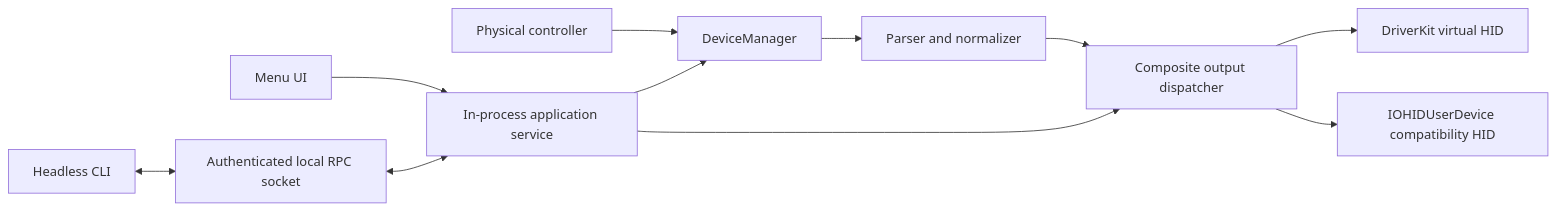
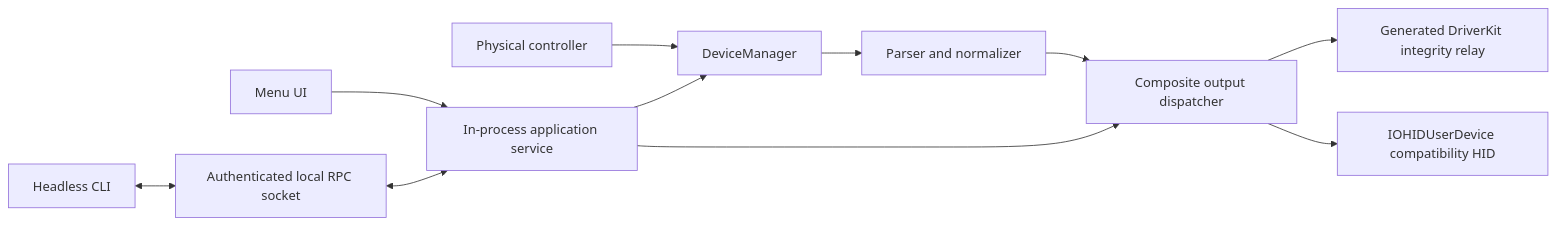
The diagram in docs/development/architecture.md (xsyetopz/OpenJoystickDriver), drawn with Mermaid before and after one commit. The commit also changed other lines of this file and 210 other files, not shown here.

First line of the commit message:
feat(driverkit)!: migrate relay generation to SwifterKit

````diff
--- a/docs/development/architecture.md
+++ b/docs/development/architecture.md
@@ -5,13 +5,13 @@
 ```mermaid
 flowchart LR
   A[Physical controller] --> B[DeviceManager]
   B --> C[Parser and normalizer]
   C --> D[Composite output dispatcher]
-  D --> E[DriverKit virtual HID]
+  D --> E[Generated DriverKit integrity relay]
   D --> F[IOHIDUserDevice compatibility HID]
   G[Menu UI] --> H[In-process application service]
   I[Headless CLI] <--> J[Authenticated local RPC socket]
   J <--> H
   H --> B
   H --> D
 ```
````
